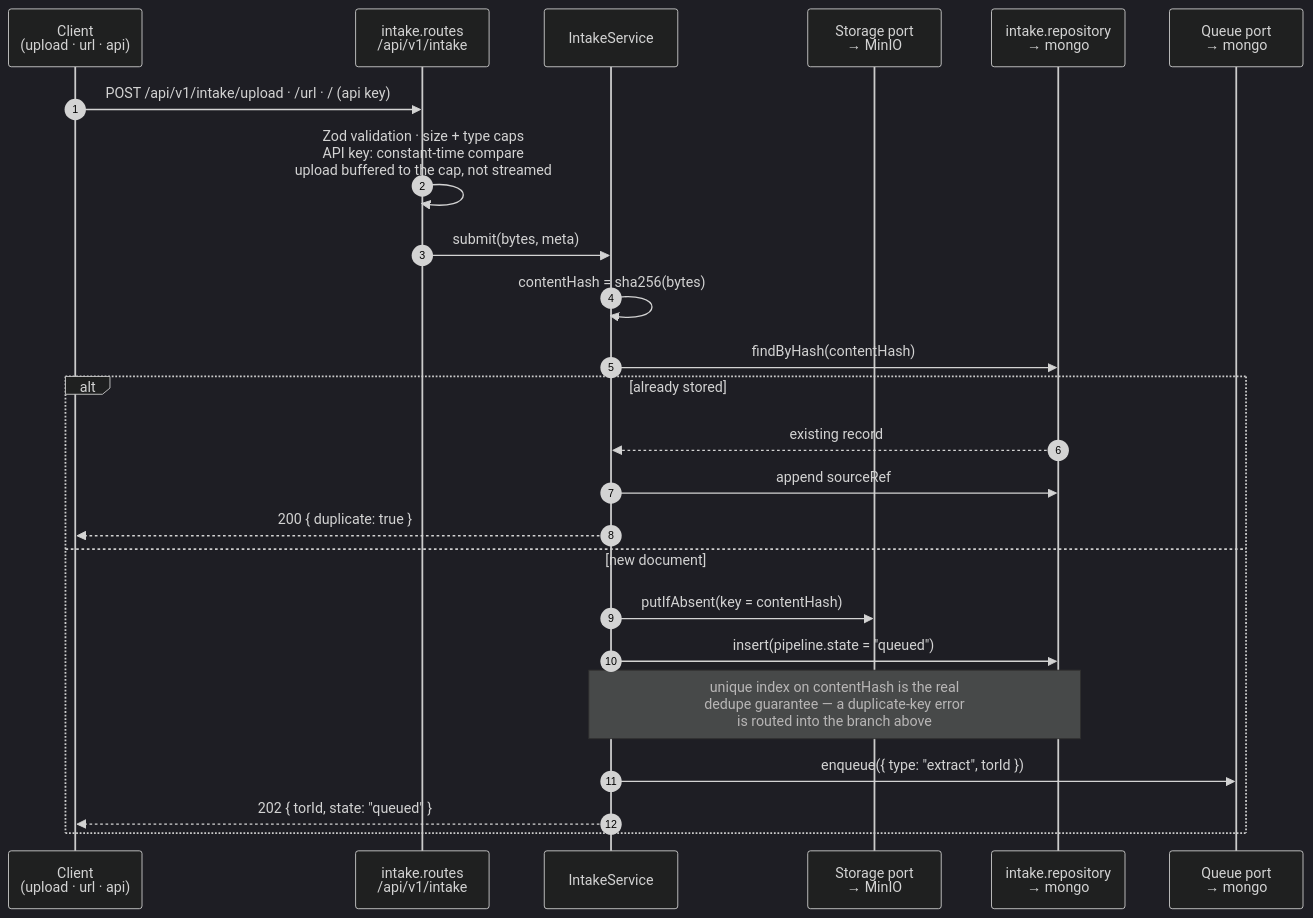
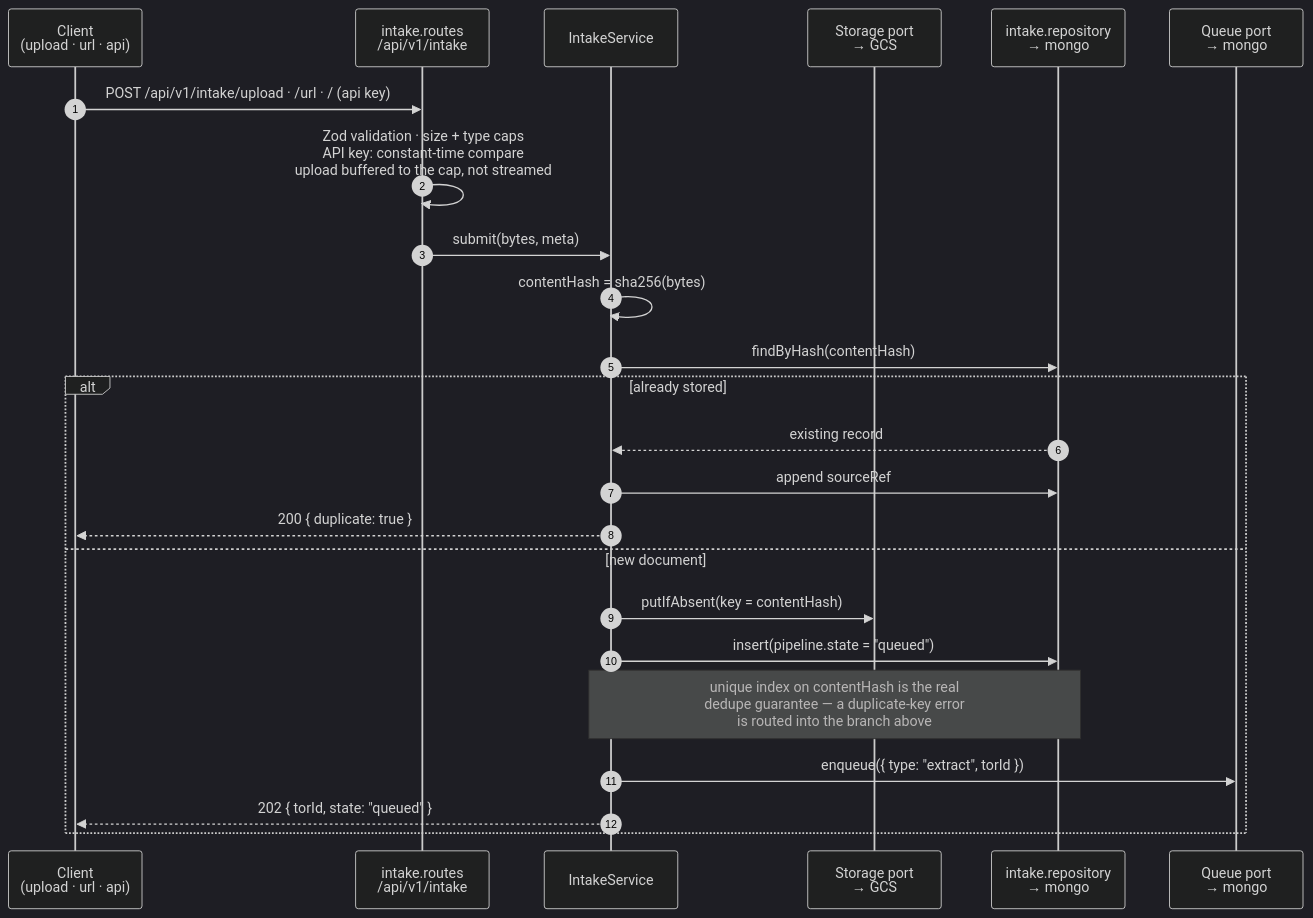
The fifth of 9 diagrams in docs/ARCHITECTURE.md (TORMomentum/Momentum), drawn with Mermaid (dark theme) before and after one commit. The commit also changed other lines of this file and 3 other files, not shown here.

````diff
--- a/docs/ARCHITECTURE.md
+++ b/docs/ARCHITECTURE.md
@@ -202,27 +205,27 @@
 ```mermaid
 sequenceDiagram
     autonumber
     participant C as Client<br/>(upload · url · api)
     participant R as intake.routes<br/>/api/v1/intake
     participant S as IntakeService
-    participant St as Storage port<br/>→ MinIO
+    participant St as Storage port<br/>→ GCS
     participant Db as intake.repository<br/>→ mongo
     participant Q as Queue port<br/>→ mongo
 
     C->>R: POST /api/v1/intake/upload · /url · / (api key)
     R->>R: Zod validation · size + type caps<br/>API key: constant-time compare<br/>upload buffered to the cap, not streamed
     R->>S: submit(bytes, meta)
     S->>S: contentHash = sha256(bytes)
     S->>Db: findByHash(contentHash)
     alt already stored
         Db-->>S: existing record
         S->>Db: append sourceRef
         S-->>C: 200 { duplicate: true }
     else new document
         S->>St: putIfAbsent(key = contentHash)
         S->>Db: insert(pipeline.state = "queued")
         Note over S,Db: unique index on contentHash is the real<br/>dedupe guarantee — a duplicate-key error<br/>is routed into the branch above
         S->>Q: enqueue({ type: "extract", torId })
         S-->>C: 202 { torId, state: "queued" }
     end
 ```
````
